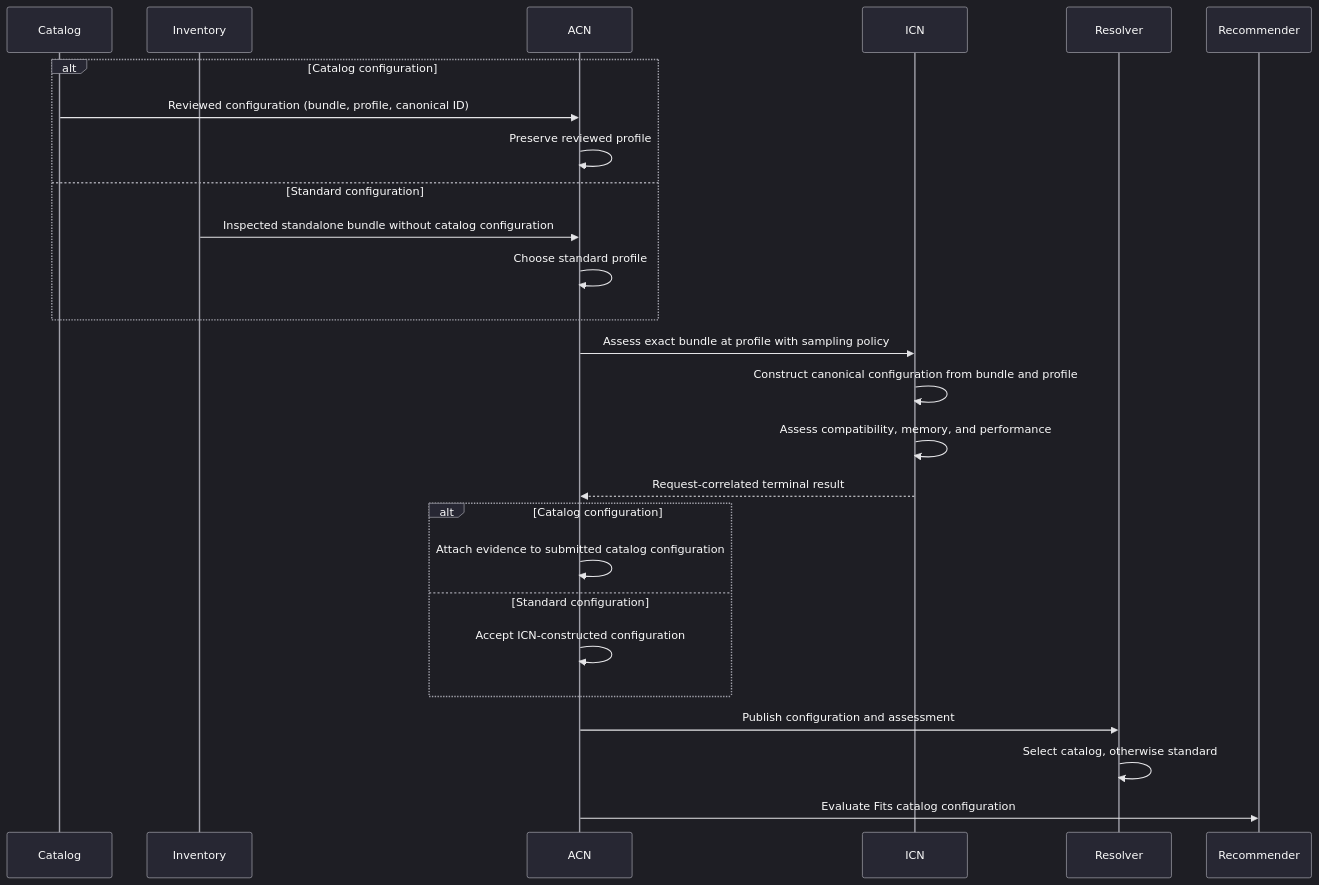
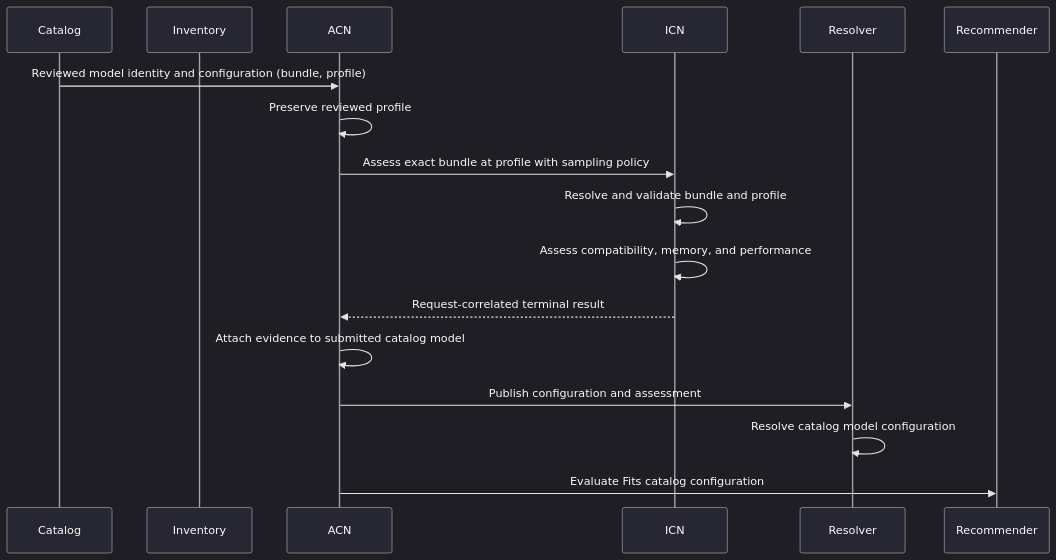
Before and after one commit to magnitudedev/magnitude: the diagram in design/model-management/assessment-and-recommendation.md, drawn with Mermaid. The commit also changed other lines of this file and 180 other files, not shown here.

Commit message:
wip refactor: proxy inference controls to ICN instead of separate management logic in ACN

````diff
--- a/design/model-management/assessment-and-recommendation.md
+++ b/design/model-management/assessment-and-recommendation.md
@@ -30,33 +30,24 @@
 ```mermaid
 %%{init: { "theme": "dark", "themeVariables": { "background": "#16161d", "primaryColor": "#272733", "primaryTextColor": "#fafafa", "primaryBorderColor": "#a1a1aa", "lineColor": "#e4e4e7", "textColor": "#fafafa", "actorBkg": "#272733", "actorBorder": "#a1a1aa", "actorTextColor": "#fafafa", "actorLineColor": "#a1a1aa", "signalColor": "#e4e4e7", "signalTextColor": "#fafafa", "labelBoxBkgColor": "#272733", "labelBoxBorderColor": "#a1a1aa", "labelTextColor": "#fafafa", "loopTextColor": "#fafafa" } } }%%
 sequenceDiagram
     participant Catalog
     participant Inventory
     participant ACN
     participant ICN
     participant Resolver
     participant Recommender
 
-    alt Catalog configuration
-        Catalog->>ACN: Reviewed configuration (bundle, profile, canonical ID)
-        ACN->>ACN: Preserve reviewed profile
-    else Standard configuration
-        Inventory->>ACN: Inspected standalone bundle without catalog configuration
-        ACN->>ACN: Choose standard profile
-    end
+    Catalog->>ACN: Reviewed model identity and configuration (bundle, profile)
+    ACN->>ACN: Preserve reviewed profile
 
     ACN->>ICN: Assess exact bundle at profile with sampling policy
-    ICN->>ICN: Construct canonical configuration from bundle and profile
+    ICN->>ICN: Resolve and validate bundle and profile
     ICN->>ICN: Assess compatibility, memory, and performance
     ICN-->>ACN: Request-correlated terminal result
 
-    alt Catalog configuration
-        ACN->>ACN: Attach evidence to submitted catalog configuration
-    else Standard configuration
-        ACN->>ACN: Accept ICN-constructed configuration
-    end
+    ACN->>ACN: Attach evidence to submitted catalog model
 
     ACN->>Resolver: Publish configuration and assessment
-    Resolver->>Resolver: Select catalog, otherwise standard
+    Resolver->>Resolver: Resolve catalog model configuration
     ACN->>Recommender: Evaluate Fits catalog configuration
 ```
````
